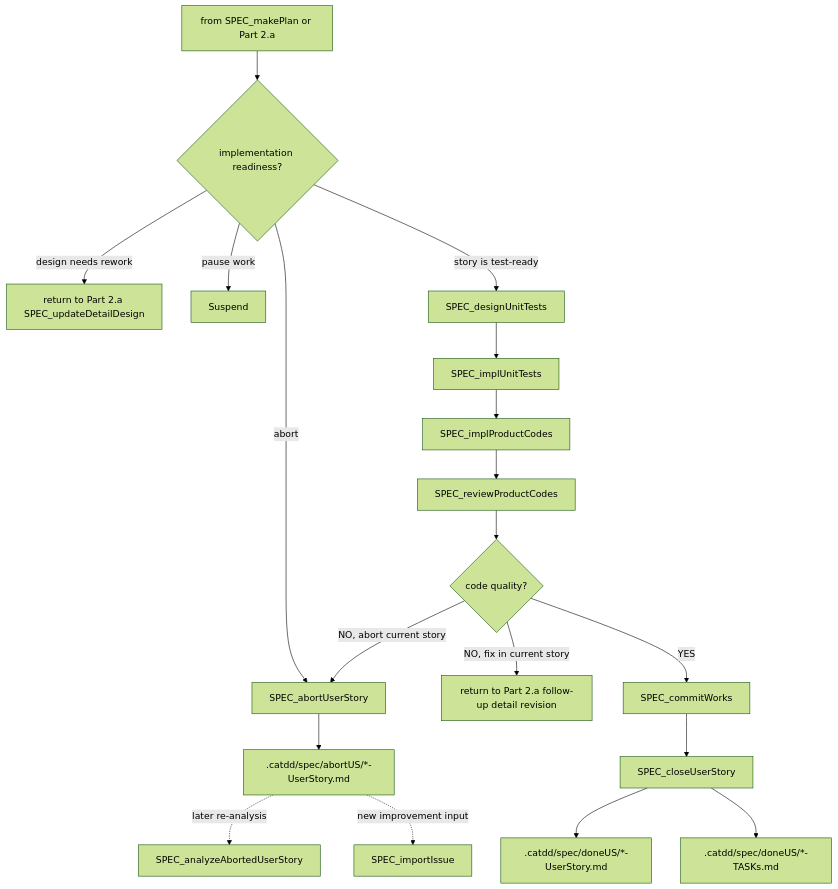
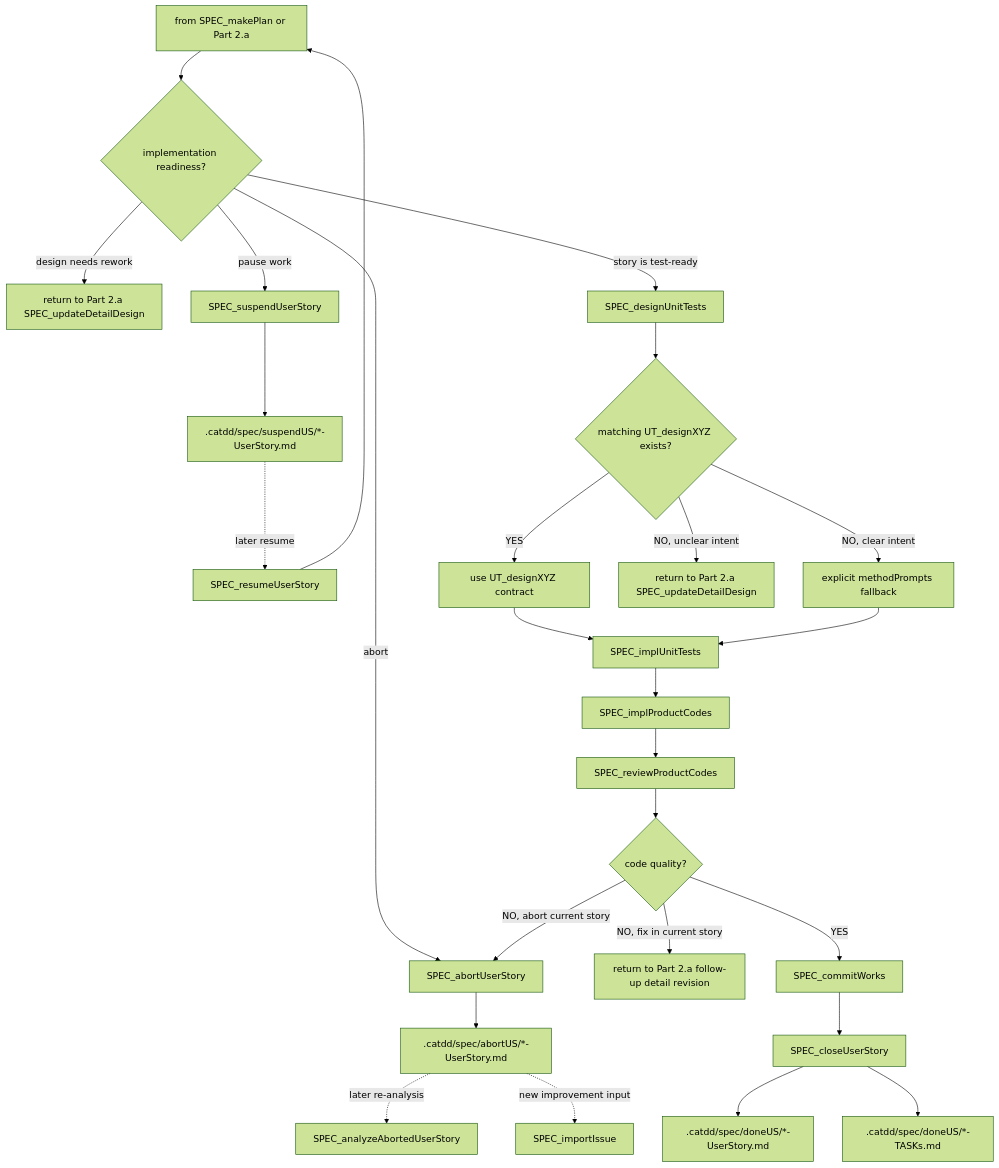
Before and after one commit to EnigmaWU/MyCaTDD: the third of 3 diagrams in slashCommands/flows/Px-SpecFlow_ZH.md, drawn with Mermaid (forest theme). The commit also changed other lines of this file and 10 other files, not shown here.

Commit message:
SPEC_patchOrignalCaTDD from HZ-XYZ-FORKS/MyInterObjCom-PlayKata-githubCopilot-autoModel-libIOC-inC

````diff
--- a/slashCommands/flows/Px-SpecFlow_ZH.md
+++ b/slashCommands/flows/Px-SpecFlow_ZH.md
@@ -246,23 +261,31 @@
 ```mermaid
 flowchart TB
     Part2b["from SPEC_makePlan or Part 2.a"] --> ImplementationChoice{"implementation readiness?"}
     ImplementationChoice -- "design needs rework" --> ReviewStoryRef["return to Part 2.a SPEC_updateDetailDesign"]
-    ImplementationChoice -- "pause work" --> Suspend
+    ImplementationChoice -- "pause work" --> Suspend["SPEC_suspendUserStory"]
+    Suspend --> SuspendUS[".catdd/spec/suspendUS/*-UserStory.md"]
+    SuspendUS -. "later resume" .-> Resume["SPEC_resumeUserStory"]
+    Resume --> Part2b
     ImplementationChoice -- "abort" --> Abort2b["SPEC_abortUserStory"]
     ImplementationChoice -- "story is test-ready" --> DesignTests["SPEC_designUnitTests"]
 
-    DesignTests --> ImplTests["SPEC_implUnitTests"]
+    DesignTests --> UTDesign{"matching UT_designXYZ exists?"}
+    UTDesign -- "YES" --> CategoryDesign["use UT_designXYZ contract"]
+    UTDesign -- "NO, clear intent" --> MethodFallback["explicit methodPrompts fallback"]
+    UTDesign -- "NO, unclear intent" --> DetailGap["return to Part 2.a SPEC_updateDetailDesign"]
+    CategoryDesign --> ImplTests["SPEC_implUnitTests"]
+    MethodFallback --> ImplTests
     ImplTests --> ImplCode["SPEC_implProductCodes"]
     ImplCode --> ReviewCode["SPEC_reviewProductCodes"]
     ReviewCode --> QualityCode{"code quality?"}
 
     QualityCode -- "NO, fix in current story" --> DesignRework["return to Part 2.a follow-up detail revision"]
     QualityCode -- "NO, abort current story" --> Abort2b
     QualityCode -- "YES" --> Commit["SPEC_commitWorks"]
     Commit --> Close["SPEC_closeUserStory"]
     Close --> Done[".catdd/spec/doneUS/*-UserStory.md"]
     Close --> DoneTasks[".catdd/spec/doneUS/*-TASKs.md"]
     Abort2b --> AbortUS2b[".catdd/spec/abortUS/*-UserStory.md"]
     AbortUS2b -. "later re-analysis" .-> AnalyzeAbort2b["SPEC_analyzeAbortedUserStory"]
     AbortUS2b -. "new improvement input" .-> ImportIssue2b["SPEC_importIssue"]
 ```
````
